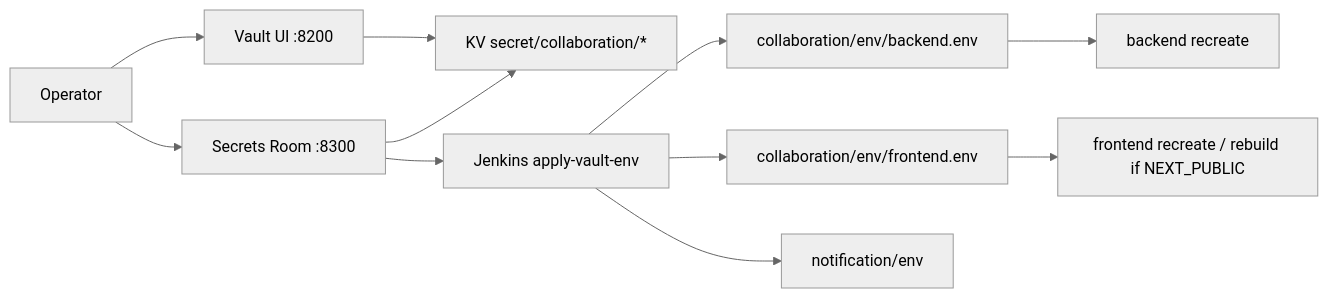
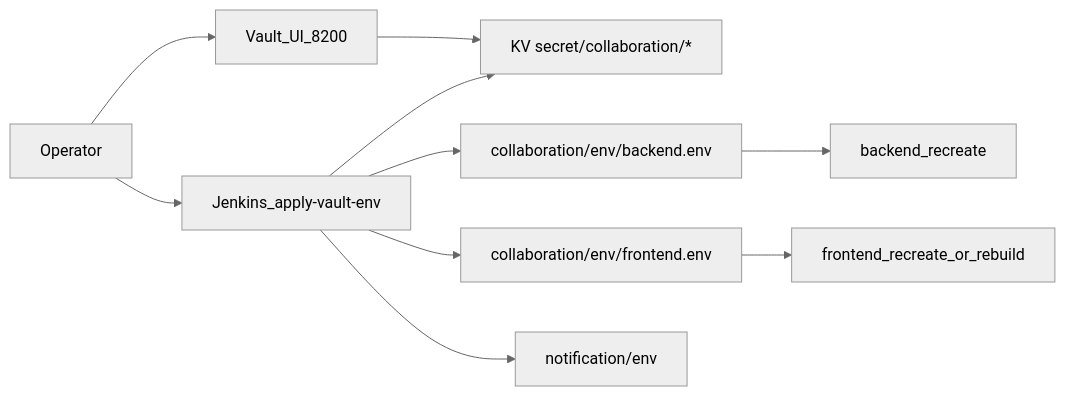
Before and after one commit to mikias1219/DevOps: the fifth of 5 diagrams in README.md, drawn with Mermaid (neutral theme). The commit also changed other lines of this file and 5 other files, not shown here.

````diff
--- a/README.md
+++ b/README.md
@@ -281,13 +285,12 @@
 ```mermaid
 flowchart LR
-  Op[Operator] --> VUI[Vault UI :8200]
-  Op --> SR[Secrets Room :8300]
+  Op[Operator] --> VUI[Vault_UI_8200]
   VUI --> KV["KV secret/collaboration/*"]
-  SR --> KV
-  SR --> APPLY[Jenkins apply-vault-env]
+  Op --> APPLY[Jenkins_apply-vault-env]
+  APPLY --> KV
   APPLY --> BE_ENV[collaboration/env/backend.env]
   APPLY --> FE_ENV[collaboration/env/frontend.env]
   APPLY --> NES_ENV[notification/env]
-  BE_ENV --> BE[backend recreate]
-  FE_ENV --> FE[frontend recreate / rebuild if NEXT_PUBLIC]
+  BE_ENV --> BE[backend_recreate]
+  FE_ENV --> FE[frontend_recreate_or_rebuild]
 ```
````
